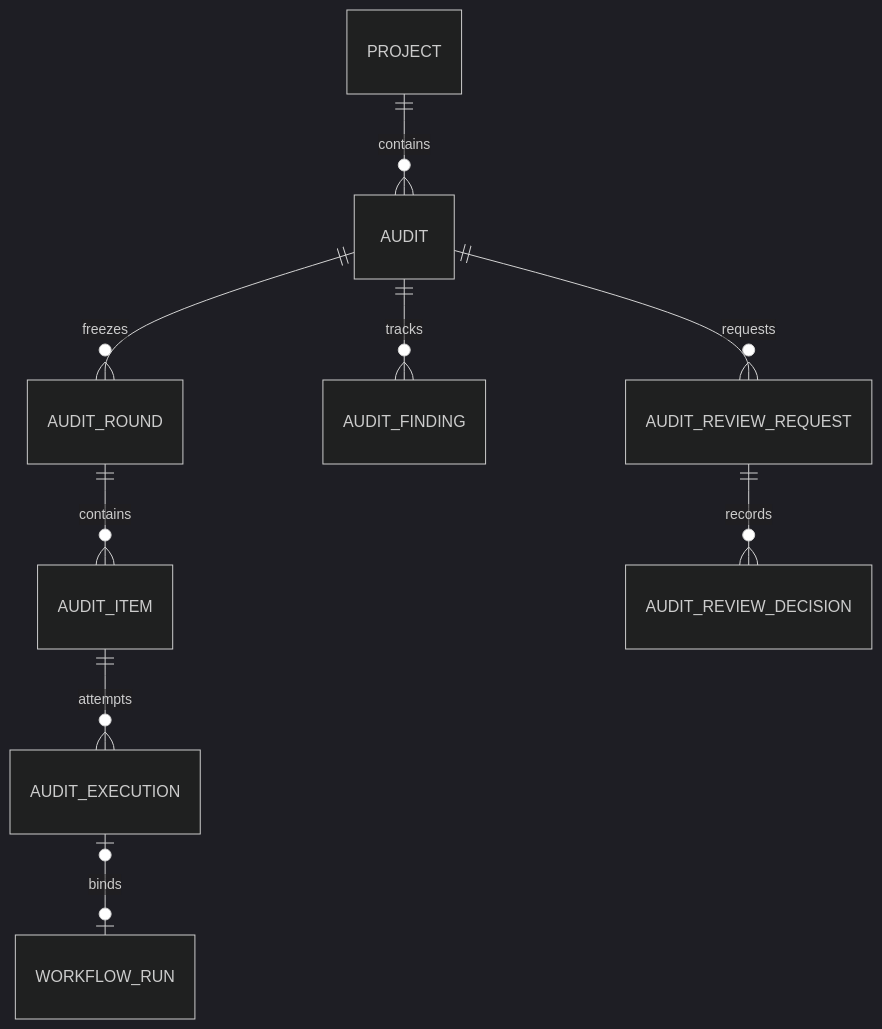
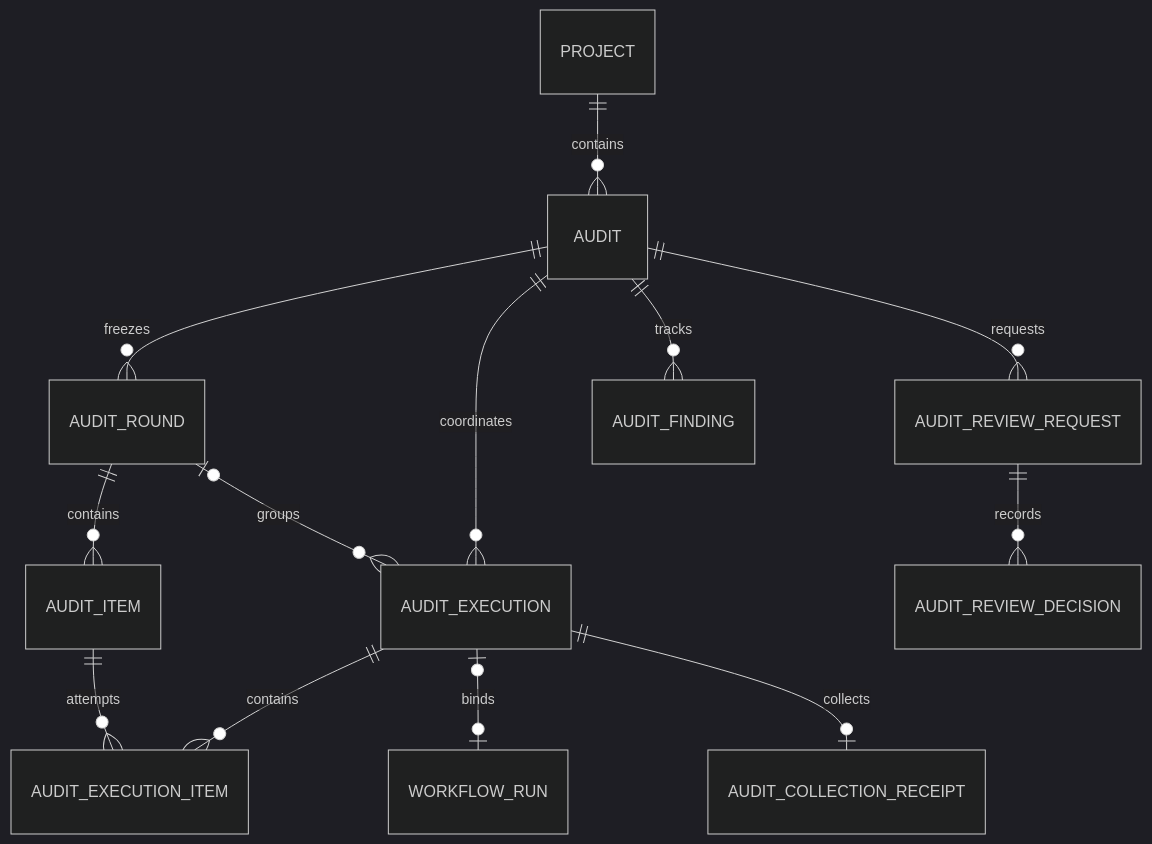
One commit to grauwolf32/contractor changed the second of 3 diagrams in docs/spec/19-audits.md. Above: the diagram before and after it, drawn with Mermaid (dark theme). The commit also changed other lines of this file and 19 other files, not shown here.

````diff
--- a/docs/spec/19-audits.md
+++ b/docs/spec/19-audits.md
@@ -247,11 +303,15 @@
 ```mermaid
 erDiagram
   PROJECT ||--o{ AUDIT : contains
   AUDIT ||--o{ AUDIT_ROUND : freezes
   AUDIT_ROUND ||--o{ AUDIT_ITEM : contains
-  AUDIT_ITEM ||--o{ AUDIT_EXECUTION : attempts
+  AUDIT ||--o{ AUDIT_EXECUTION : coordinates
+  AUDIT_ROUND o|--o{ AUDIT_EXECUTION : groups
+  AUDIT_EXECUTION ||--o{ AUDIT_EXECUTION_ITEM : contains
+  AUDIT_ITEM ||--o{ AUDIT_EXECUTION_ITEM : attempts
   AUDIT_EXECUTION o|--o| WORKFLOW_RUN : binds
+  AUDIT_EXECUTION ||--o| AUDIT_COLLECTION_RECEIPT : collects
   AUDIT ||--o{ AUDIT_FINDING : tracks
   AUDIT ||--o{ AUDIT_REVIEW_REQUEST : requests
   AUDIT_REVIEW_REQUEST ||--o{ AUDIT_REVIEW_DECISION : records
 ```
````
